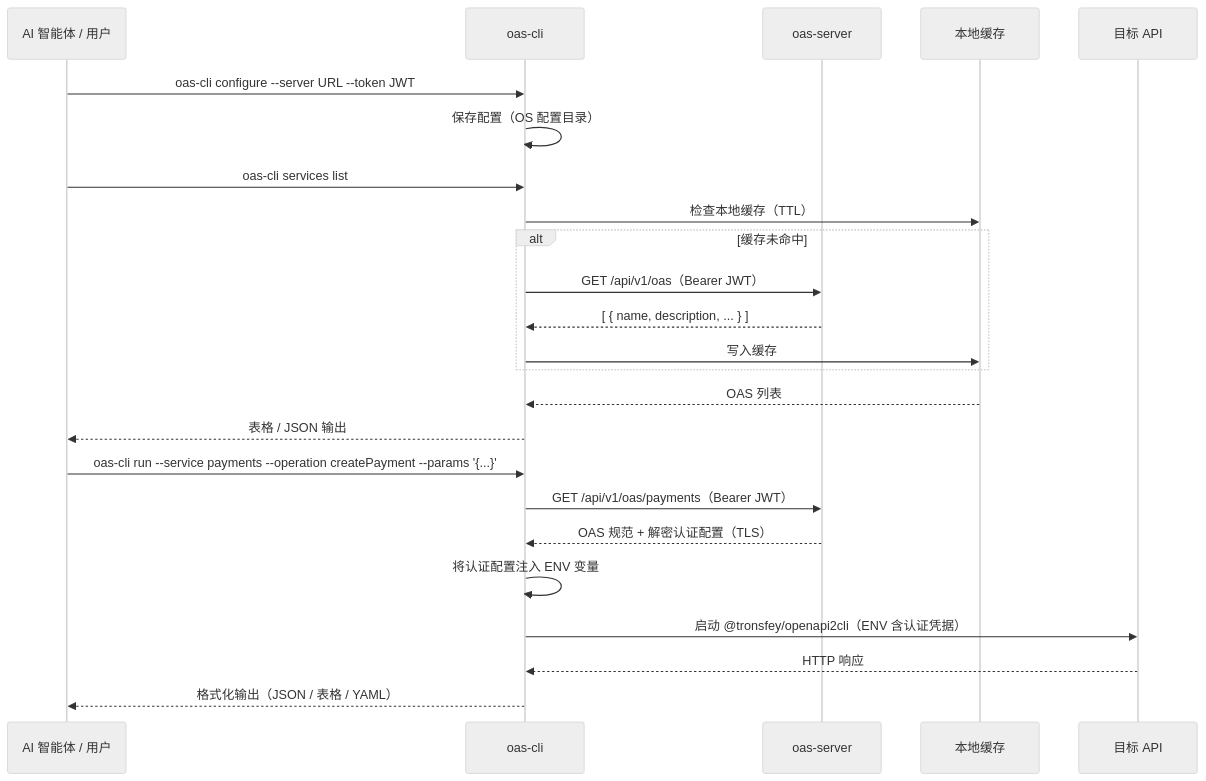
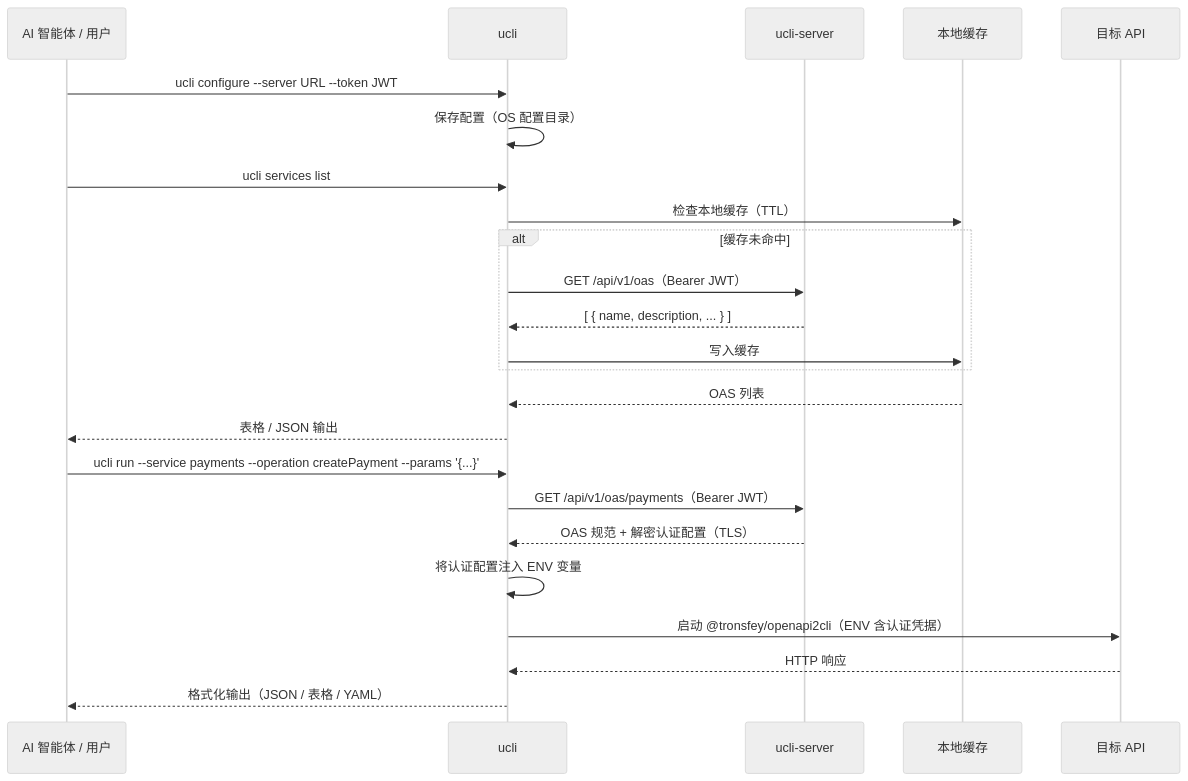
Before and after one commit to tronsfey928/ucli: the diagram in packages/cli/README.zh.md, drawn with Mermaid (neutral theme). The commit also changed other lines of this file and 44 other files, not shown here.

````diff
--- a/packages/cli/README.zh.md
+++ b/packages/cli/README.zh.md
@@ -28,29 +28,29 @@
 ```mermaid
 sequenceDiagram
     participant Agent as AI 智能体 / 用户
-    participant CLI as oas-cli
-    participant Server as oas-server
+    participant CLI as ucli
+    participant Server as ucli-server
     participant Cache as 本地缓存
     participant API as 目标 API
 
-    Agent->>CLI: oas-cli configure --server URL --token JWT
+    Agent->>CLI: ucli configure --server URL --token JWT
     CLI->>CLI: 保存配置（OS 配置目录）
 
-    Agent->>CLI: oas-cli services list
+    Agent->>CLI: ucli services list
     CLI->>Cache: 检查本地缓存（TTL）
     alt 缓存未命中
         CLI->>Server: GET /api/v1/oas（Bearer JWT）
         Server-->>CLI: [ { name, description, ... } ]
         CLI->>Cache: 写入缓存
     end
     Cache-->>CLI: OAS 列表
     CLI-->>Agent: 表格 / JSON 输出
 
-    Agent->>CLI: oas-cli run --service payments --operation createPayment --params '{...}'
+    Agent->>CLI: ucli run --service payments --operation createPayment --params '{...}'
     CLI->>Server: GET /api/v1/oas/payments（Bearer JWT）
     Server-->>CLI: OAS 规范 + 解密认证配置（TLS）
     CLI->>CLI: 将认证配置注入 ENV 变量
     CLI->>API: 启动 @tronsfey/openapi2cli（ENV 含认证凭据）
     API-->>CLI: HTTP 响应
     CLI-->>Agent: 格式化输出（JSON / 表格 / YAML）
 ```
````
